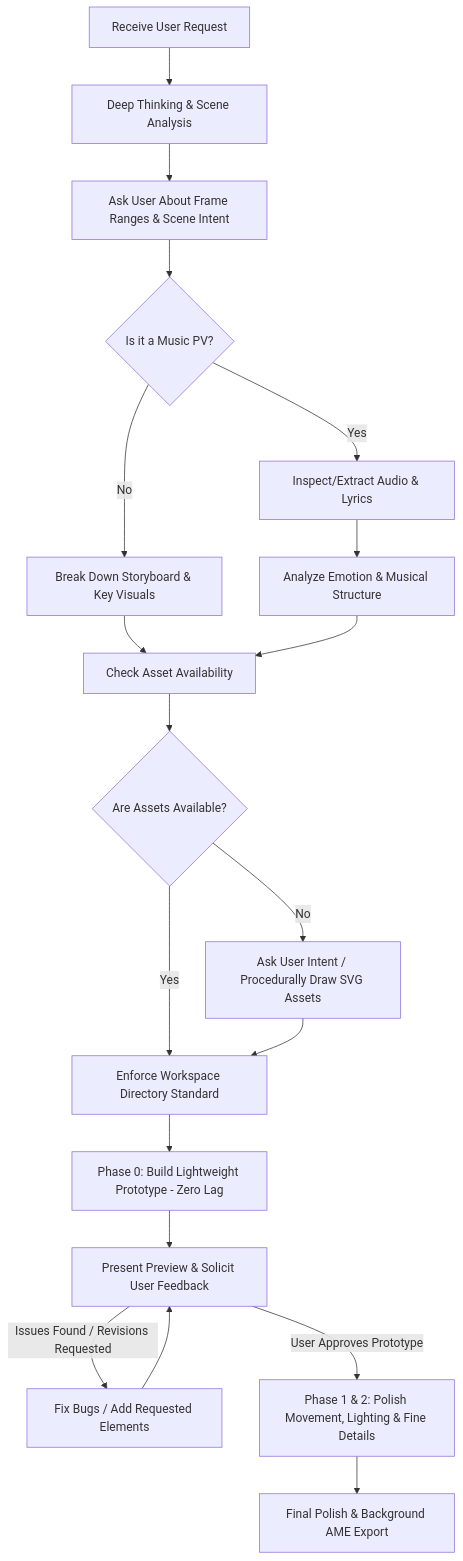
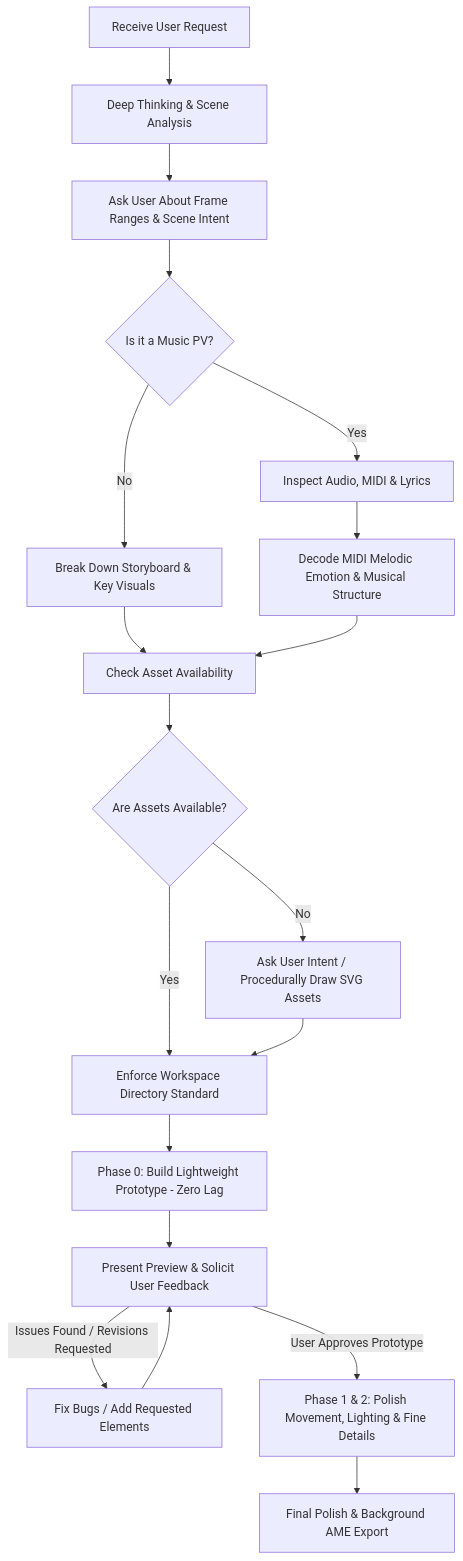
The diagram in skill/after-effects-workflow/SKILL.md (tzdwindows/after-effects-mcp), drawn with Mermaid before and after one commit. The commit also changed other lines of this file, not shown here.

Commit message:
docs(skill): add MIDI melody emotion decoding and 10+ music genre visual design playbooks

````diff
--- a/skill/after-effects-workflow/SKILL.md
+++ b/skill/after-effects-workflow/SKILL.md
@@ -20,21 +20,21 @@
 ```mermaid
 flowchart TD
     A[Receive User Request] --> B[Deep Thinking & Scene Analysis]
     B --> C[Ask User About Frame Ranges & Scene Intent]
     C --> D{Is it a Music PV?}
-    D -- Yes --> E[Inspect/Extract Audio & Lyrics]
+    D -- Yes --> E[Inspect Audio, MIDI & Lyrics]
     D -- No --> F[Break Down Storyboard & Key Visuals]
-    E --> G[Analyze Emotion & Musical Structure]
+    E --> G[Decode MIDI Melodic Emotion & Musical Structure]
     F --> H[Check Asset Availability]
     G --> H
     H --> I{Are Assets Available?}
     I -- No --> J[Ask User Intent / Procedurally Draw SVG Assets]
     I -- Yes --> K[Enforce Workspace Directory Standard]
     J --> K
     K --> L[Phase 0: Build Lightweight Prototype - Zero Lag]
     L --> M[Present Preview & Solicit User Feedback]
     M -- Issues Found / Revisions Requested --> N[Fix Bugs / Add Requested Elements]
     M -- User Approves Prototype --> O[Phase 1 & 2: Polish Movement, Lighting & Fine Details]
     N --> M
     O --> P[Final Polish & Background AME Export]
 ```
````
